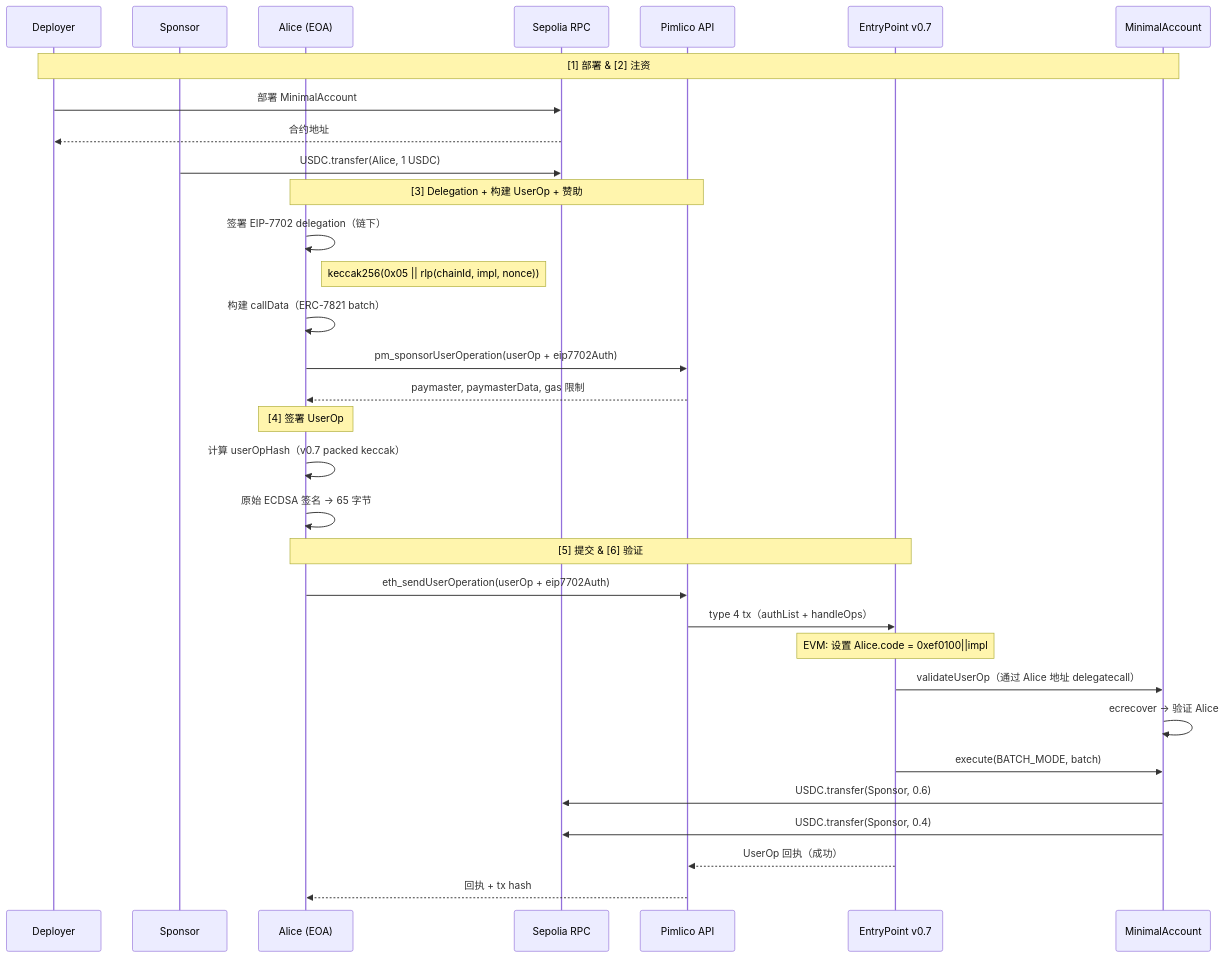
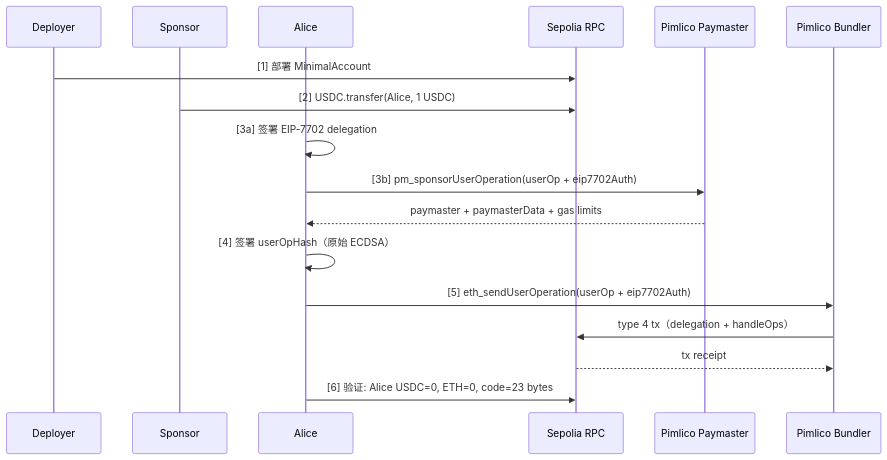
One commit to CoboTest/eip7702-minimal-account changed the diagram in script/python/README_zh.md. Above: the diagram before and after it, drawn with Mermaid. The commit also changed 1 other file, not shown here.

Commit message:
docs: simplify sequence diagram to test-visible interactions
6 participants: Deployer, Sponsor, Alice, RPC, Pimlico Paymaster, Pimlico Bundler.
Hide internal EVM details (EntryPoint, MinimalAccount, ecrecover).

````diff
--- a/script/python/README_zh.md
+++ b/script/python/README_zh.md
@@ -134,38 +134,24 @@
 ```mermaid
 sequenceDiagram
     participant D as Deployer
     participant S as Sponsor
-    participant A as Alice (EOA)
+    participant A as Alice
     participant RPC as Sepolia RPC
-    participant P as Pimlico API
-    participant EP as EntryPoint v0.7
-    participant MA as MinimalAccount
+    participant PM as Pimlico Paymaster
+    participant B as Pimlico Bundler
 
-    Note over D,MA: [1] 部署 & [2] 注资
-    D->>RPC: 部署 MinimalAccount
-    RPC-->>D: 合约地址
-    S->>RPC: USDC.transfer(Alice, 1 USDC)
+    D->>RPC: [1] 部署 MinimalAccount
+    S->>RPC: [2] USDC.transfer(Alice, 1 USDC)
 
-    Note over A,P: [3] Delegation + 构建 UserOp + 赞助
-    A->>A: 签署 EIP-7702 delegation（链下）
-    Note right of A: keccak256(0x05 || rlp(chainId, impl, nonce))
-    A->>A: 构建 callData（ERC-7821 batch）
-    A->>P: pm_sponsorUserOperation(userOp + eip7702Auth)
-    P-->>A: paymaster, paymasterData, gas 限制
+    A->>A: [3a] 签署 EIP-7702 delegation
+    A->>PM: [3b] pm_sponsorUserOperation(userOp + eip7702Auth)
+    PM-->>A: paymaster + paymasterData + gas limits
 
-    Note over A: [4] 签署 UserOp
-    A->>A: 计算 userOpHash（v0.7 packed keccak）
-    A->>A: 原始 ECDSA 签名 → 65 字节
+    A->>A: [4] 签署 userOpHash（原始 ECDSA）
 
-    Note over A,EP: [5] 提交 & [6] 验证
-    A->>P: eth_sendUserOperation(userOp + eip7702Auth)
-    P->>EP: type 4 tx（authList + handleOps）
-    Note over EP: EVM: 设置 Alice.code = 0xef0100||impl
-    EP->>MA: validateUserOp（通过 Alice 地址 delegatecall）
-    MA->>MA: ecrecover → 验证 Alice
-    EP->>MA: execute(BATCH_MODE, batch)
-    MA->>RPC: USDC.transfer(Sponsor, 0.6)
-    MA->>RPC: USDC.transfer(Sponsor, 0.4)
-    EP-->>P: UserOp 回执（成功）
-    P-->>A: 回执 + tx hash
+    A->>B: [5] eth_sendUserOperation(userOp + eip7702Auth)
+    B->>RPC: type 4 tx（delegation + handleOps）
+    RPC-->>B: tx receipt
+
+    A->>RPC: [6] 验证: Alice USDC=0, ETH=0, code=23 bytes
 ```
````
